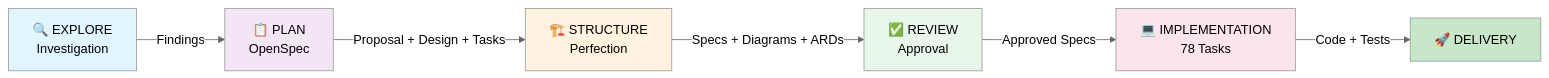
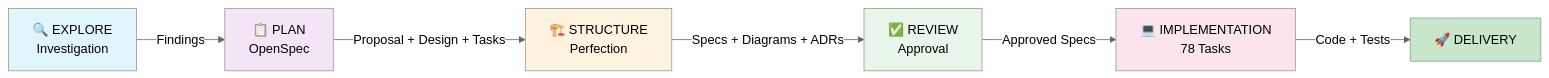
One commit to tdurkota/ae-immersion-eshop changed the diagram in TOOLS-TECHNIQUES-ROADMAP.md. Above: the diagram before and after it, drawn with Mermaid (neutral theme). The commit also changed other lines of this file and 1 other file, not shown here.

````diff
--- a/TOOLS-TECHNIQUES-ROADMAP.md
+++ b/TOOLS-TECHNIQUES-ROADMAP.md
@@ -5,15 +5,15 @@
 ```mermaid
 graph LR
     A["🔍 EXPLORE<br/>Investigation"] -->|Findings| B["📋 PLAN<br/>OpenSpec"]
     B -->|Proposal + Design + Tasks| C["🏗️ STRUCTURE<br/>Perfection"]
-    C -->|Specs + Diagrams + ARDs| D["✅ REVIEW<br/>Approval"]
+    C -->|Specs + Diagrams + ADRs| D["✅ REVIEW<br/>Approval"]
     D -->|Approved Specs| E["💻 IMPLEMENTATION<br/>78 Tasks"]
     E -->|Code + Tests| F["🚀 DELIVERY"]
     
     style A fill:#e1f5ff
     style B fill:#f3e5f5
     style C fill:#fff3e0
     style D fill:#e8f5e9
     style E fill:#fce4ec
     style F fill:#c8e6c9
 ```
````
